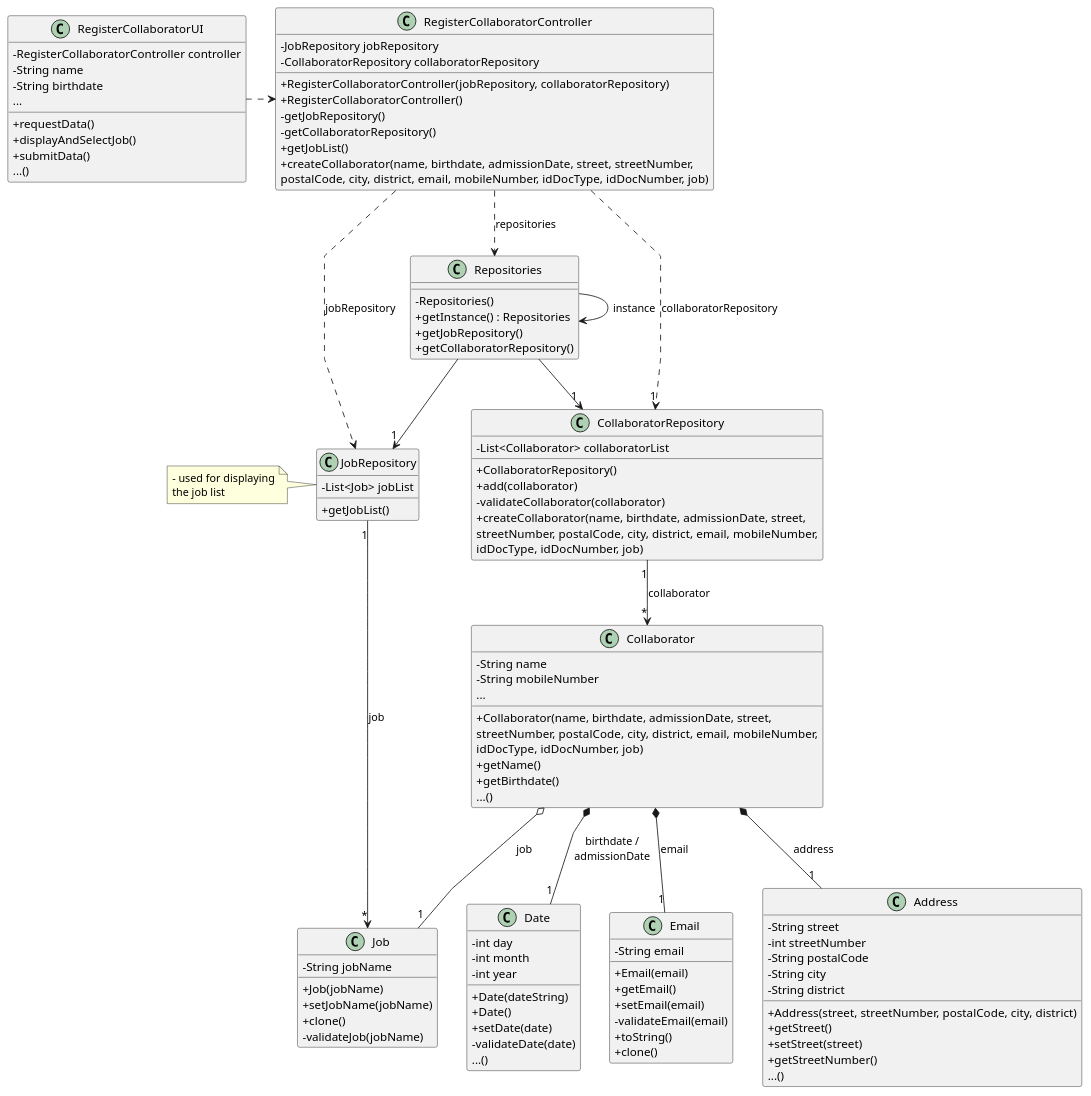
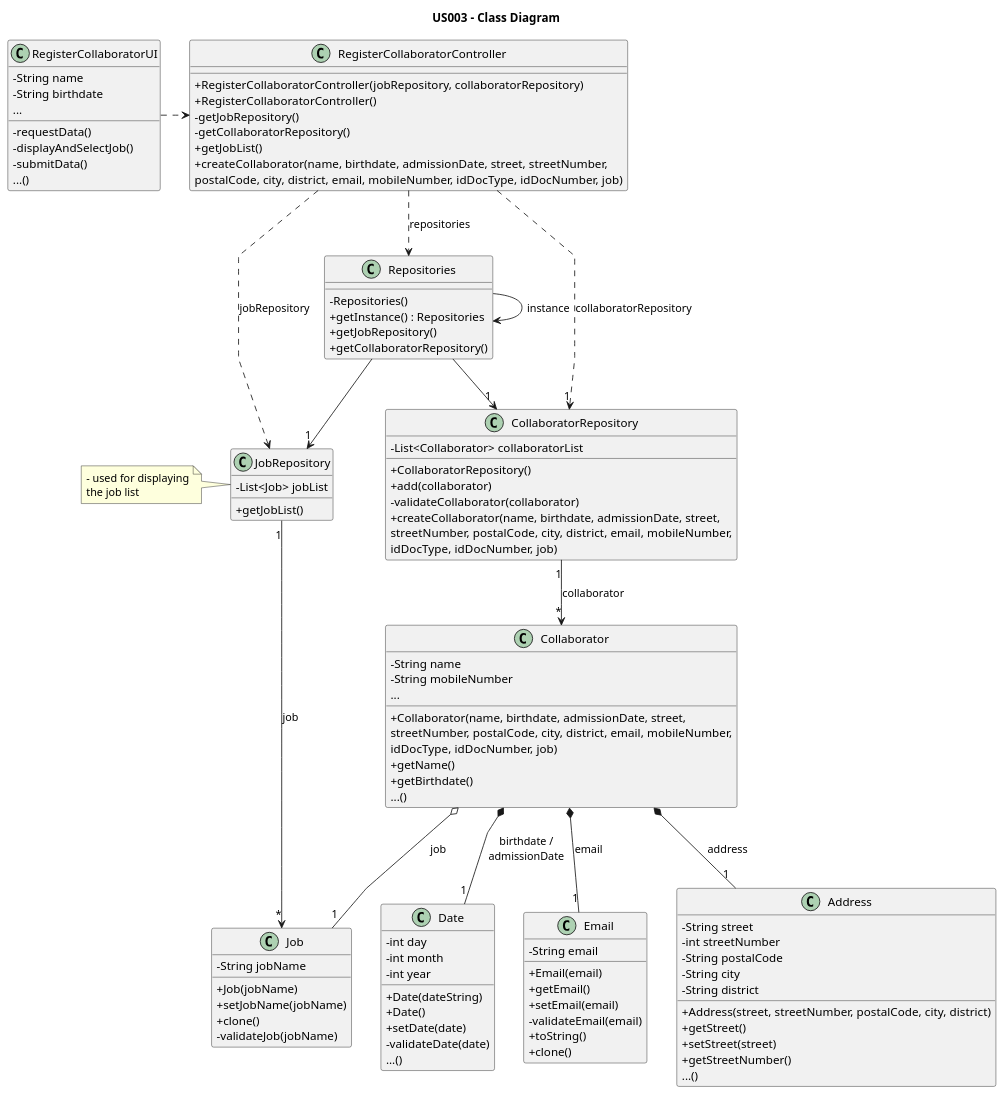
Before and after one commit to Rui-San/LAPR2_2023_2024: the diagram in docs/sprintB/us003/03.design/puml/us003-class-diagram.puml, drawn with PlantUML. The commit also changed 13 other files, not shown here.

```diff
--- a/docs/sprintB/us003/03.design/puml/us003-class-diagram.puml
+++ b/docs/sprintB/us003/03.design/puml/us003-class-diagram.puml
@@ -1,137 +1,134 @@
 @startuml
 'skinparam monochrome true
 skinparam packageStyle rectangle
 skinparam shadowing false
 skinparam linetype polyline
 'skinparam linetype orto
 
 skinparam classAttributeIconSize 0
-
+title US003 - Class Diagram
 
 class Collaborator {
      - String name
      - String mobileNumber
      ...
 
      + Collaborator(name, birthdate, admissionDate, street,\nstreetNumber, postalCode, city, district, email, mobileNumber,\nidDocType, idDocNumber, job)
      + getName()
      + getBirthdate()
      ...()
 
 }
 
 class Job {
     - String jobName
 
     + Job(jobName)
     + setJobName(jobName)
     + clone()
     - validateJob(jobName)
 
 }
 
 class Date {
     - int day
     - int month
     - int year
 
     + Date(dateString)
     + Date()
     + setDate(date)
     - validateDate(date)
     ...()
 }
 
 class CollaboratorRepository{
     - List<Collaborator> collaboratorList
 
     + CollaboratorRepository()
     + add(collaborator)
     - validateCollaborator(collaborator)
     + createCollaborator(name, birthdate, admissionDate, street,\nstreetNumber, postalCode, city, district, email, mobileNumber,\nidDocType, idDocNumber, job)
 }
 
 class JobRepository {
     - List<Job> jobList
 
     + getJobList()
 }
 
 class Repositories {
     - Repositories()
     + getInstance() : Repositories
     + getJobRepository()
     + getCollaboratorRepository()
 }
 
 note left of JobRepository
     - used for displaying
     the job list
 end note
 
 class RegisterCollaboratorController {
-    - JobRepository jobRepository
-    - CollaboratorRepository collaboratorRepository
 
     + RegisterCollaboratorController(jobRepository, collaboratorRepository)
     + RegisterCollaboratorController()
     - getJobRepository()
     - getCollaboratorRepository()
     + getJobList()
     + createCollaborator(name, birthdate, admissionDate, street, streetNumber,\npostalCode, city, district, email, mobileNumber, idDocType, idDocNumber, job)
 
 }
 
 class RegisterCollaboratorUI {
-    - RegisterCollaboratorController controller
     - String name
     - String birthdate
     ...
 
-    + requestData()
-    + displayAndSelectJob()
-    + submitData()
+    - requestData()
+    - displayAndSelectJob()
+    - submitData()
     ...()
 }
 
 class Email{
     - String email
 
     + Email(email)
     + getEmail()
     + setEmail(email)
     - validateEmail(email)
     + toString()
     + clone()
 }
 
 class Address{
     - String street
     - int streetNumber
     - String postalCode
     - String city
     - String district
 
     + Address(street, streetNumber, postalCode, city, district)
     + getStreet()
     + setStreet(street)
     + getStreetNumber()
     ...()
 }
 
 RegisterCollaboratorUI .right.> RegisterCollaboratorController
 RegisterCollaboratorController ..> "1" CollaboratorRepository : collaboratorRepository
 CollaboratorRepository "1"-down-> "*" Collaborator : collaborator
 RegisterCollaboratorController ..> JobRepository : jobRepository
 JobRepository "1"-->"*" Job : job
 Collaborator o-- "1" Job : job
 Collaborator *--"1" Email : email
 Collaborator *--"1" Address : address
 Collaborator *--"1" Date : birthdate /\nadmissionDate
 RegisterCollaboratorController ..> Repositories : repositories
 Repositories --> "1" JobRepository
 Repositories --> "1" CollaboratorRepository
 Repositories -> Repositories : instance
 
 
 @enduml
```
